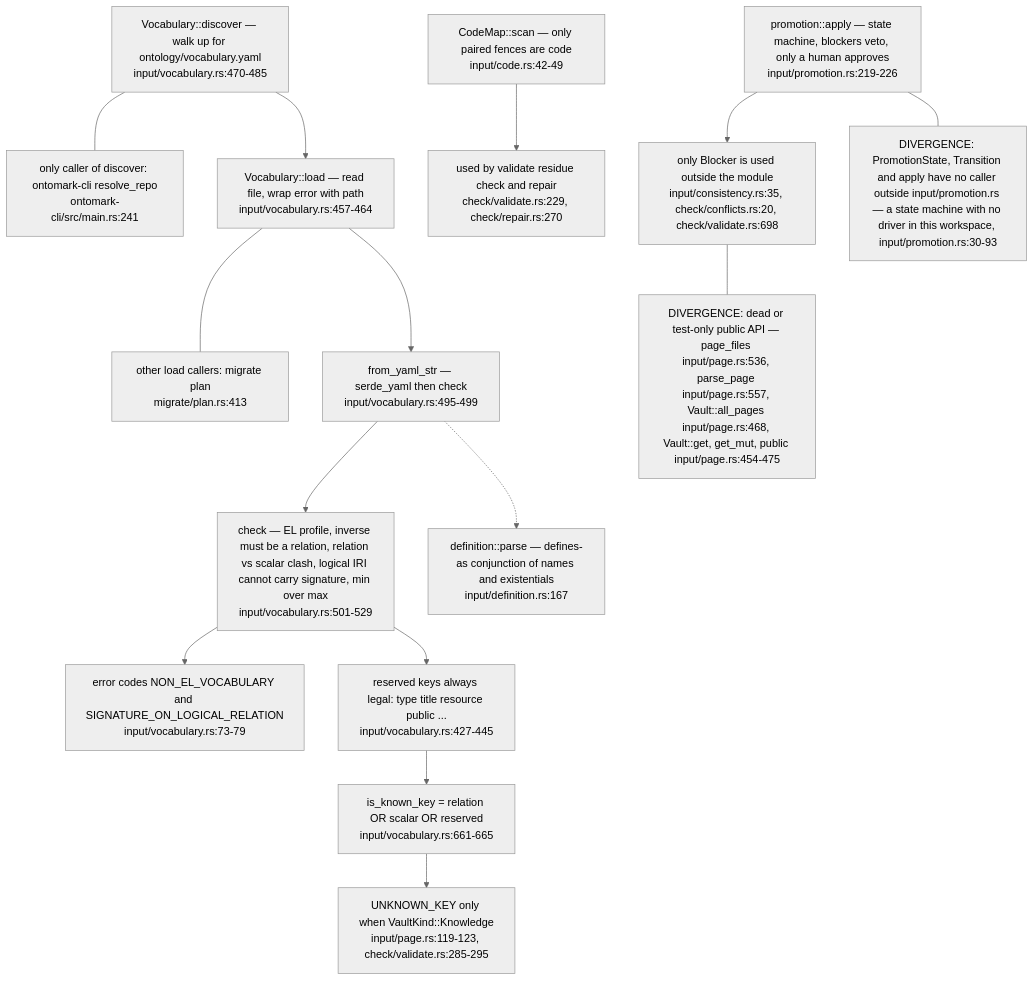
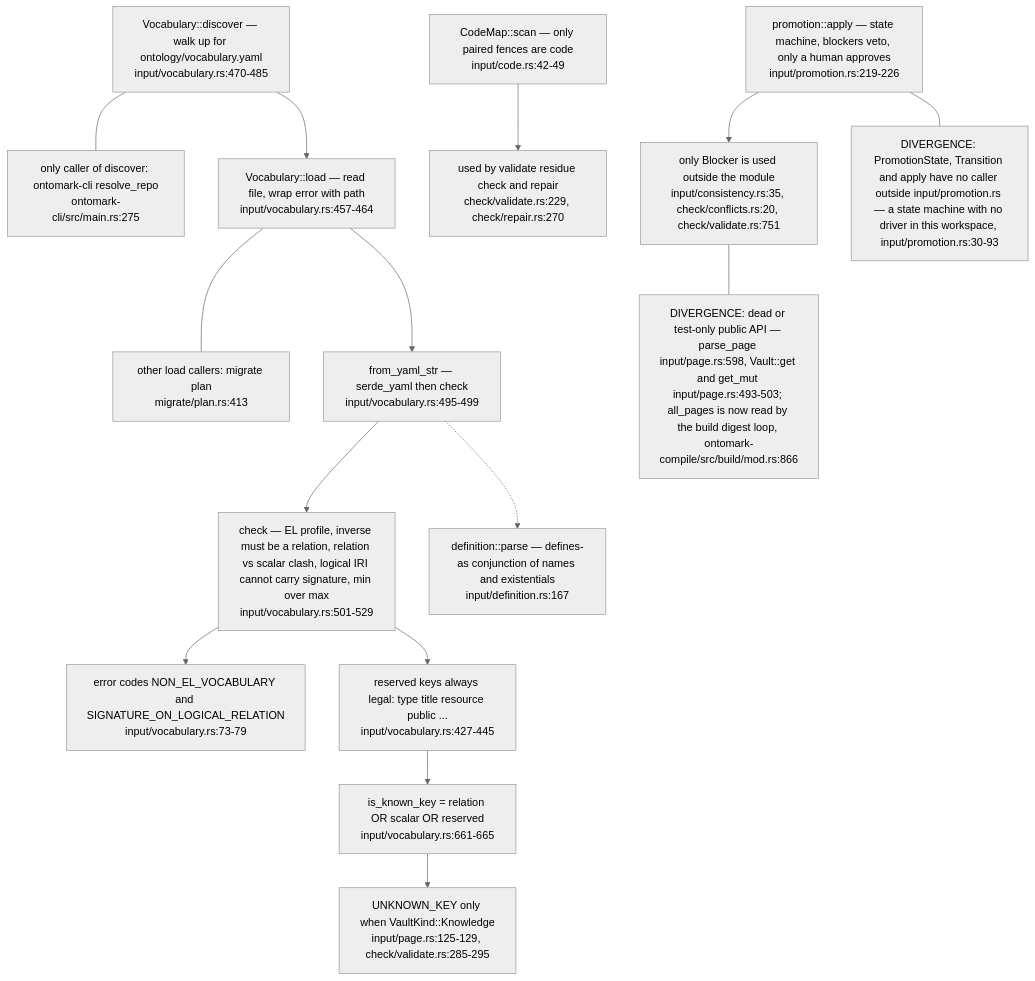
Before and after one commit to DreamLab-AI/VisionFlow: the sixth of 6 diagrams in docs/diagrams/ontomark/01-input-layer-vault-pages-and-gates.md, drawn with Mermaid (neutral theme). The commit also changed other lines of this file and 10 other files, not shown here.

First line of the commit message:
docs(diagrams): re-stamp the ontomark corpus at ee9e04a; OM-06 machine scope and ingest contract

````diff
--- a/docs/diagrams/ontomark/01-input-layer-vault-pages-and-gates.md
+++ b/docs/diagrams/ontomark/01-input-layer-vault-pages-and-gates.md
@@ -232,29 +235,29 @@
 ```mermaid
 flowchart TD
     DISC["Vocabulary::discover — walk up for ontology/vocabulary.yaml<br/>input/vocabulary.rs:470-485"]
-    CLIUSE["only caller of discover: ontomark-cli resolve_repo<br/>ontomark-cli/src/main.rs:241"]
+    CLIUSE["only caller of discover: ontomark-cli resolve_repo<br/>ontomark-cli/src/main.rs:275"]
     LOADV["Vocabulary::load — read file, wrap error with path<br/>input/vocabulary.rs:457-464"]
     LOADERS["other load callers: migrate plan<br/>migrate/plan.rs:413"]
     FROMYAML["from_yaml_str — serde_yaml then check<br/>input/vocabulary.rs:495-499"]
     CHECK["check — EL profile, inverse must be a relation, relation vs scalar clash, logical IRI cannot carry signature, min over max<br/>input/vocabulary.rs:501-529"]
     NONEL["error codes NON_EL_VOCABULARY and SIGNATURE_ON_LOGICAL_RELATION<br/>input/vocabulary.rs:73-79"]
     RESERVED["reserved keys always legal: type title resource public ...<br/>input/vocabulary.rs:427-445"]
     KNOWN["is_known_key = relation OR scalar OR reserved<br/>input/vocabulary.rs:661-665"]
-    STRICT["UNKNOWN_KEY only when VaultKind::Knowledge<br/>input/page.rs:119-123, check/validate.rs:285-295"]
+    STRICT["UNKNOWN_KEY only when VaultKind::Knowledge<br/>input/page.rs:125-129, check/validate.rs:285-295"]
     DEFN["definition::parse — defines-as conjunction of names and existentials<br/>input/definition.rs:167"]
     CODE["CodeMap::scan — only paired fences are code<br/>input/code.rs:42-49"]
     CODEUSE["used by validate residue check and repair<br/>check/validate.rs:229, check/repair.rs:270"]
     PROMO["promotion::apply — state machine, blockers veto, only a human approves<br/>input/promotion.rs:219-226"]
-    PROMOUSE["only Blocker is used outside the module<br/>input/consistency.rs:35, check/conflicts.rs:20, check/validate.rs:698"]
+    PROMOUSE["only Blocker is used outside the module<br/>input/consistency.rs:35, check/conflicts.rs:20, check/validate.rs:751"]
     DISC --> LOADV --> FROMYAML --> CHECK --> NONEL
     DISC --- CLIUSE
     LOADV --- LOADERS
     CHECK --> RESERVED --> KNOWN --> STRICT
     FROMYAML -.-> DEFN
     CODE --> CODEUSE
     PROMO --> PROMOUSE
     note1["DIVERGENCE: PromotionState, Transition and apply have no caller outside input/promotion.rs — a state machine with no driver in this workspace, input/promotion.rs:30-93"]
-    note2["DIVERGENCE: dead or test-only public API — page_files input/page.rs:536, parse_page input/page.rs:557, Vault::all_pages input/page.rs:468, Vault::get, get_mut, public input/page.rs:454-475"]
+    note2["DIVERGENCE: dead or test-only public API — parse_page input/page.rs:598, Vault::get and get_mut input/page.rs:493-503; all_pages is now read by the build digest loop, ontomark-compile/src/build/mod.rs:866"]
     PROMO --- note1
     PROMOUSE --- note2
 ```
````
